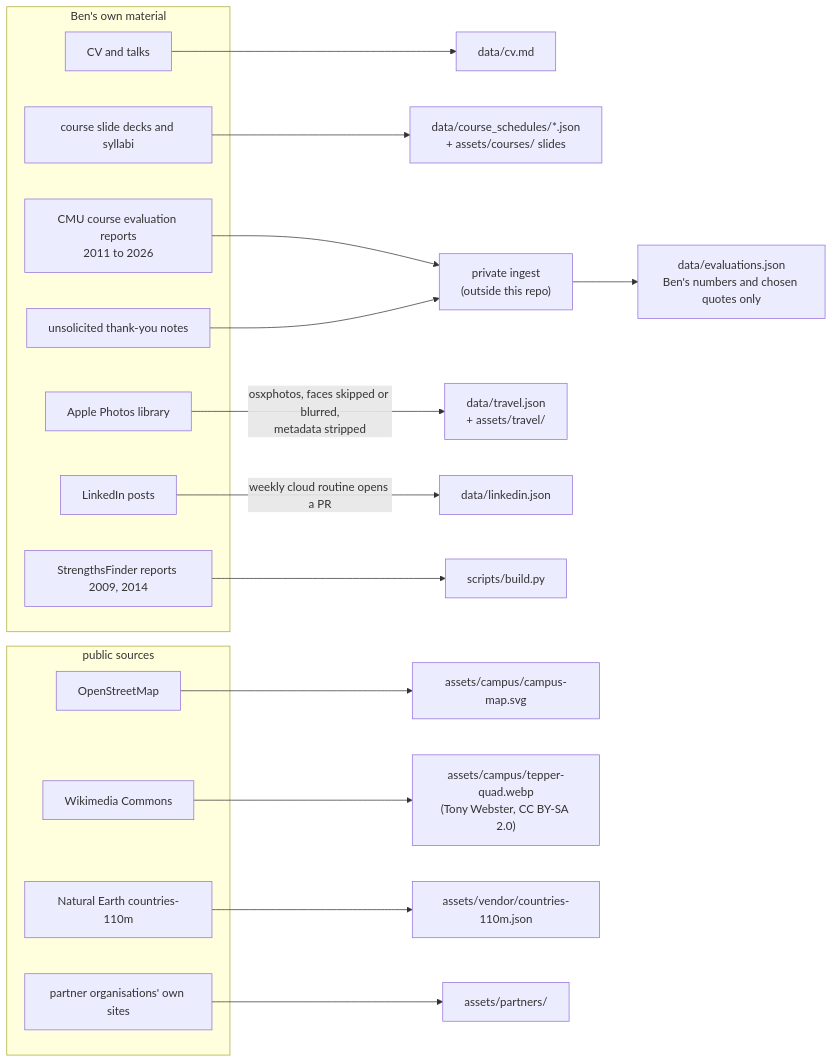
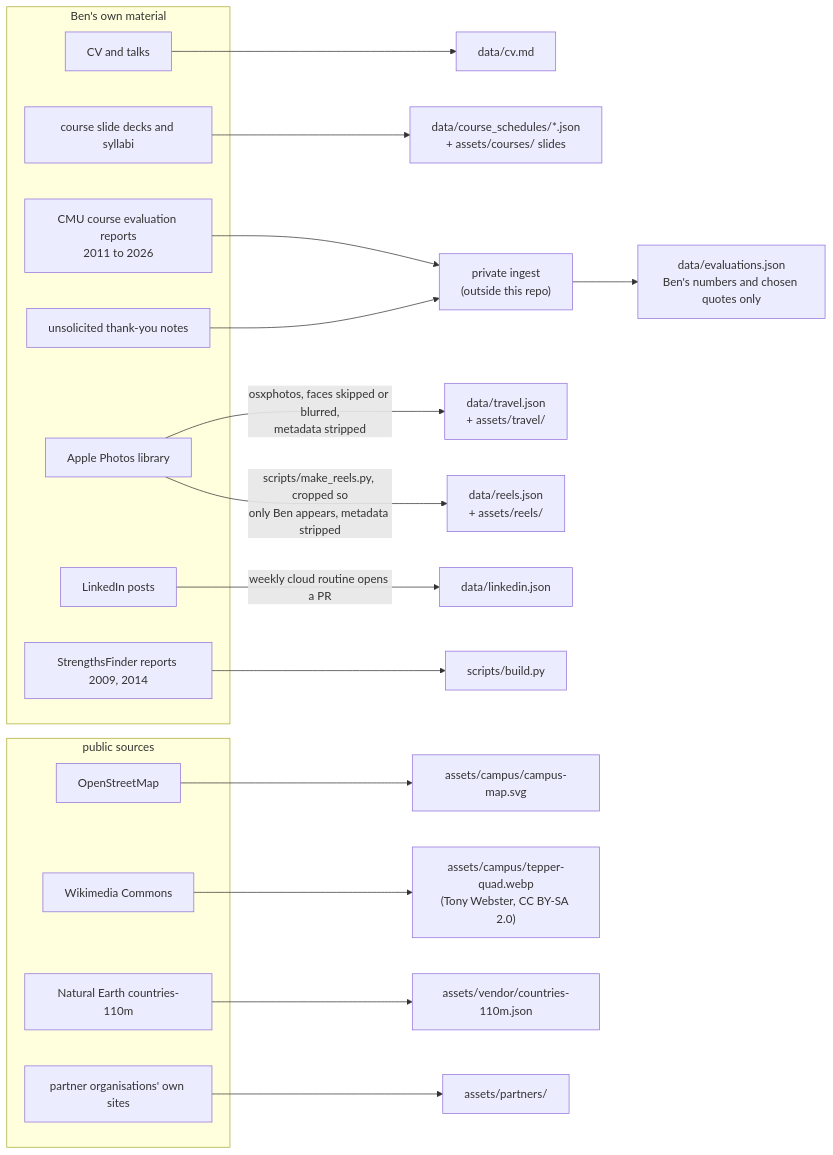
Before and after one commit to bcollier/ben.collier.phd: the eighth of 9 diagrams in README.md, drawn with Mermaid. The commit also changed other lines of this file and 405 other files, not shown here.

````diff
--- a/README.md
+++ b/README.md
@@ -238,30 +276,31 @@
 ```mermaid
 flowchart LR
   subgraph ben["Ben's own material"]
     cvsrc["CV and talks"]
     decks["course slide decks and syllabi"]
     fce["CMU course evaluation reports<br/>2011 to 2026"]
     notes["unsolicited thank-you notes"]
     photos["Apple Photos library"]
     linkedin["LinkedIn posts"]
     sf["StrengthsFinder reports 2009, 2014"]
   end
   subgraph public["public sources"]
     osm["OpenStreetMap"]
     ne["Natural Earth countries-110m"]
     logos["partner organisations' own sites"]
     wiki["Wikimedia Commons"]
   end
   cvsrc --> cvmd["data/cv.md"]
   decks --> schedjson["data/course_schedules/*.json<br/>+ assets/courses/ slides"]
   fce --> ingest["private ingest<br/>(outside this repo)"]
   notes --> ingest
   ingest --> evaljson["data/evaluations.json<br/>Ben's numbers and chosen quotes only"]
   photos -->|osxphotos, faces skipped or blurred,<br/>metadata stripped| traveljson["data/travel.json<br/>+ assets/travel/"]
+  photos -->|scripts/make_reels.py, cropped so<br/>only Ben appears, metadata stripped| reelsjson["data/reels.json<br/>+ assets/reels/"]
   linkedin -->|weekly cloud routine opens a PR| lijson["data/linkedin.json"]
   sf --> buildpy["scripts/build.py"]
   osm --> campus["assets/campus/campus-map.svg"]
   wiki --> campus2["assets/campus/tepper-quad.webp<br/>(Tony Webster, CC BY-SA 2.0)"]
   ne --> vendor["assets/vendor/countries-110m.json"]
   logos --> partners["assets/partners/"]
 ```
````
